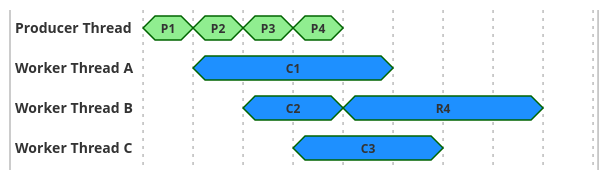
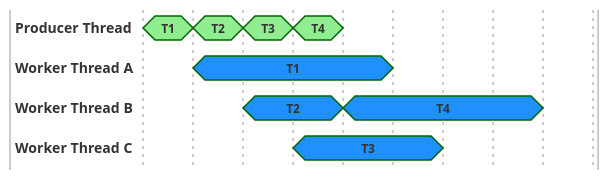
Before and after one commit to jetty/jetty.project: the second of 4 diagrams in documentation/jetty/modules/programming-guide/pages/arch/threads.adoc, drawn with PlantUML. The commit also changed other lines of this file, not shown here.

```diff
--- a/documentation/jetty/modules/programming-guide/pages/arch/threads.adoc
+++ b/documentation/jetty/modules/programming-guide/pages/arch/threads.adoc
@@ -80,30 +80,30 @@
 [plantuml]
 ----
 skinparam backgroundColor transparent
 
 compact concise "Producer Thread" as PT
-compact concise "Worker Thread A" as WT1
-compact concise "Worker Thread B" as WT2
-compact concise "Worker Thread C" as WT3
+compact concise "Worker Thread A" as WTA
+compact concise "Worker Thread B" as WTB
+compact concise "Worker Thread C" as WTC
 hide time-axis
 
 @PT
-0 is P1 #lightgreen
-1 is P2 #lightgreen
-2 is P3 #lightgreen
-3 is P4 #lightgreen
+0 is T1 #lightgreen
+1 is T2 #lightgreen
+2 is T3 #lightgreen
+3 is T4 #lightgreen
 4 is {hidden}
 
-@WT1
-1 is C1 #dodgerblue
+@WTA
+1 is T1 #dodgerblue
 5 is {hidden}
 
-@WT2
-2 is C2 #dodgerblue
-4 is R4 #dodgerblue
+@WTB
+2 is T2 #dodgerblue
+4 is T4 #dodgerblue
 8 is {hidden}
 
-@WT3
-3 is C3 #dodgerblue
+@WTC
+3 is T3 #dodgerblue
 6 is {hidden}
 ----
```
